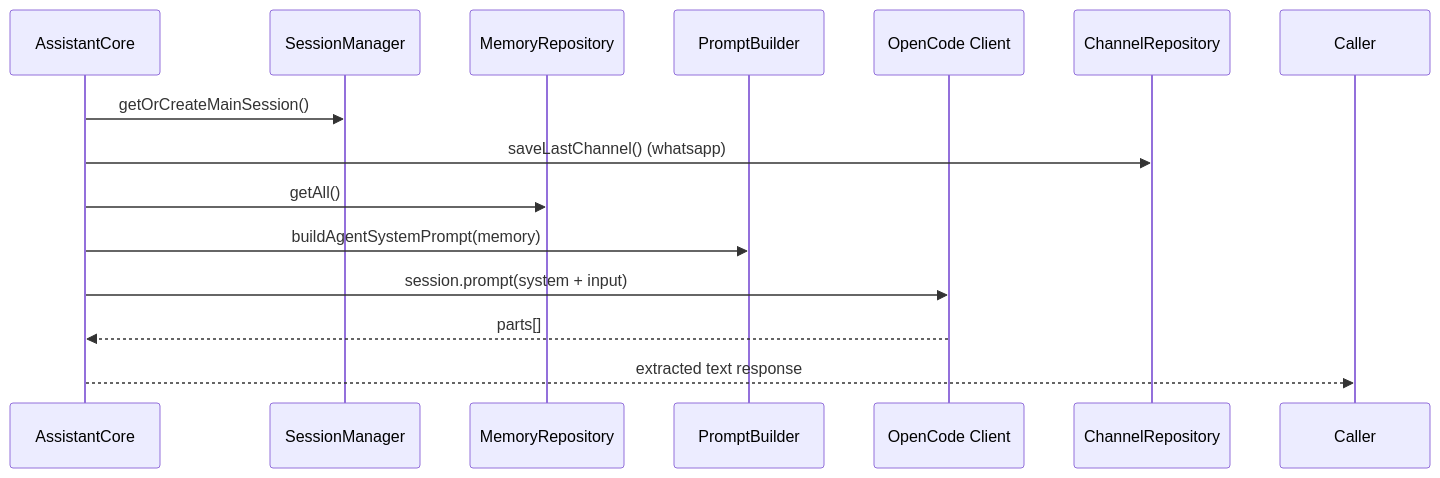
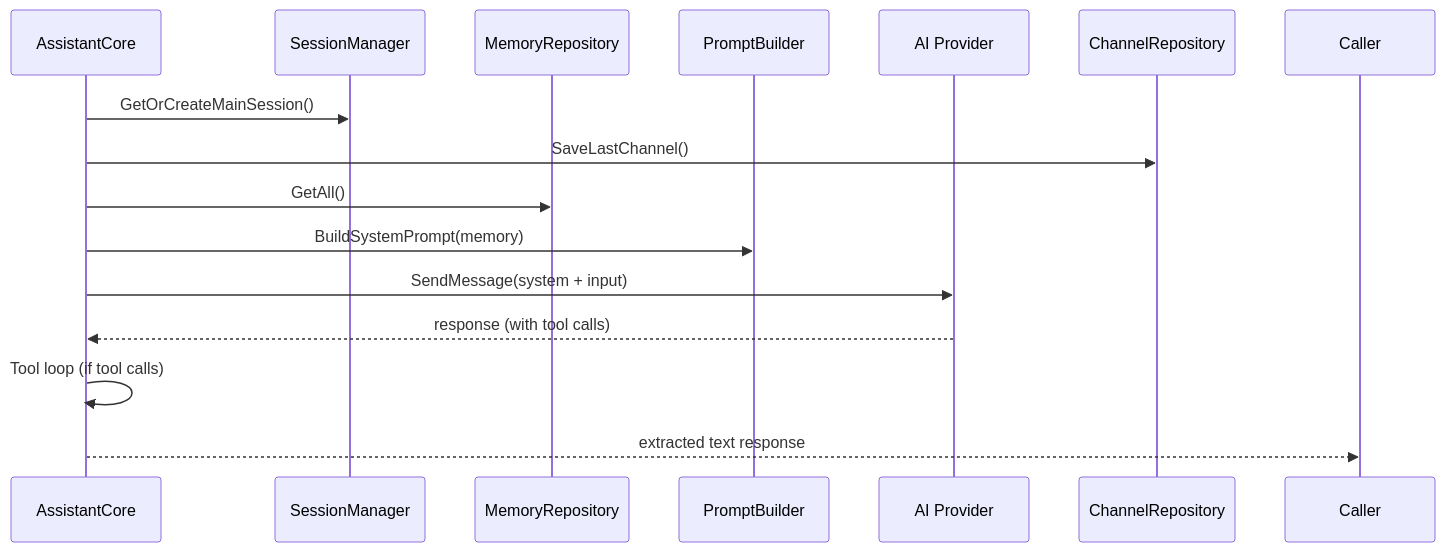
One commit to alexradunet/pocketbrain changed the third of 5 diagrams in docs/architecture/coding-architecture.md. Above: the diagram before and after it, drawn with Mermaid. The commit also changed other lines of this file and 29 other files, not shown here.

````diff
--- a/docs/architecture/coding-architecture.md
+++ b/docs/architecture/coding-architecture.md
@@ -66,17 +66,18 @@
 ```mermaid
 sequenceDiagram
   participant A as AssistantCore
   participant SR as SessionManager
   participant MR as MemoryRepository
   participant PB as PromptBuilder
-  participant OC as OpenCode Client
+  participant AI as AI Provider
   participant CR as ChannelRepository
 
-  A->>SR: getOrCreateMainSession()
-  A->>CR: saveLastChannel() (whatsapp)
-  A->>MR: getAll()
-  A->>PB: buildAgentSystemPrompt(memory)
-  A->>OC: session.prompt(system + input)
-  OC-->>A: parts[]
+  A->>SR: GetOrCreateMainSession()
+  A->>CR: SaveLastChannel()
+  A->>MR: GetAll()
+  A->>PB: BuildSystemPrompt(memory)
+  A->>AI: SendMessage(system + input)
+  AI-->>A: response (with tool calls)
+  A->>A: Tool loop (if tool calls)
   A-->>Caller: extracted text response
 ```
````
